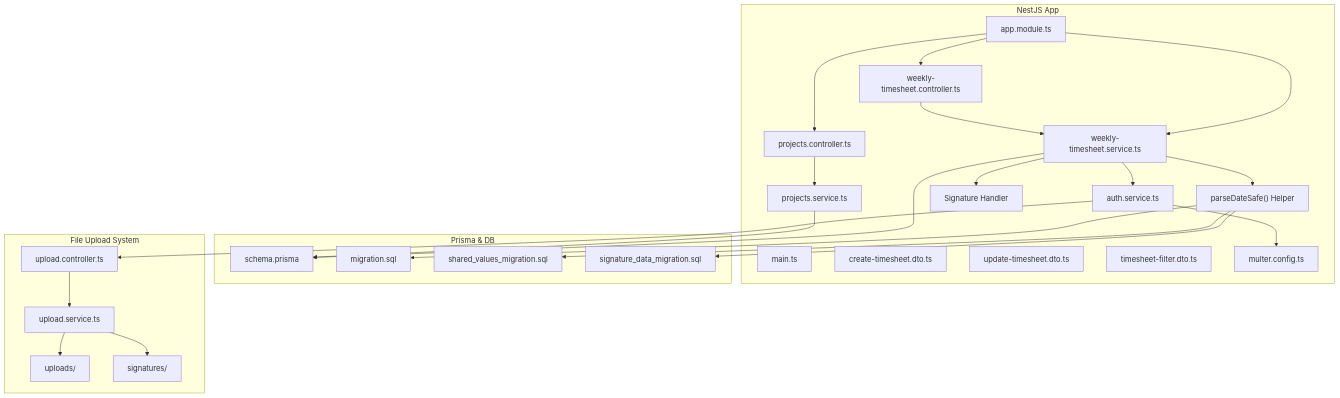
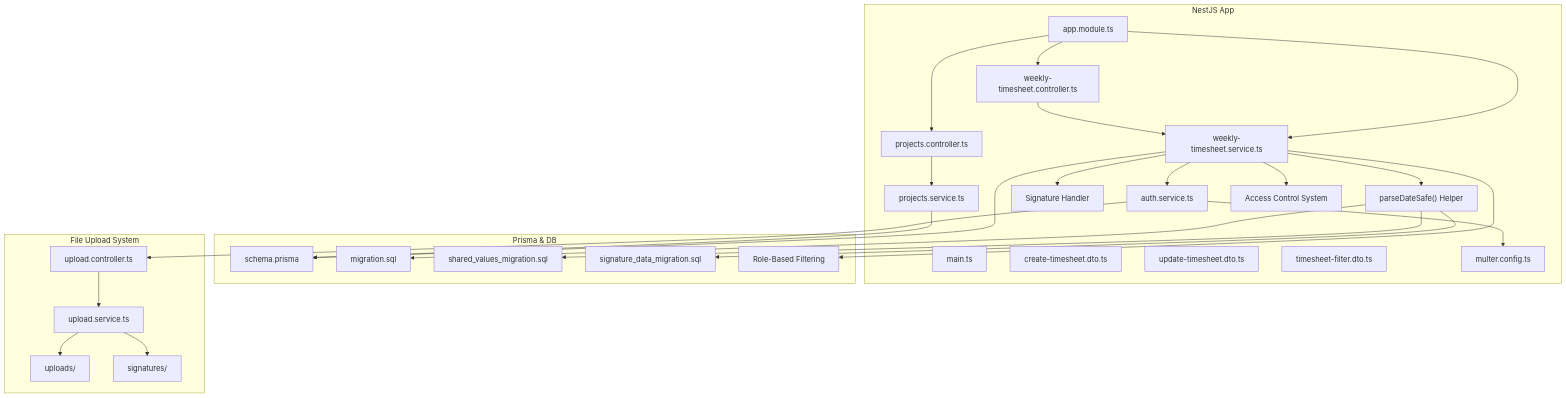
One commit to RobertRuas/windlog changed the first of 11 diagrams in .qoder/repowiki/en/content/Arquitetura Backend/Módulos do Sistema/Timesheet Semanal - Módulo Backend.md. Above: the diagram before and after it, drawn with Mermaid. The commit also changed other lines of this file and 18 other files, not shown here.

````diff
--- a/.qoder/repowiki/en/content/Arquitetura Backend/Módulos do Sistema/Timesheet Semanal - Módulo Backend.md
+++ b/.qoder/repowiki/en/content/Arquitetura Backend/Módulos do Sistema/Timesheet Semanal - Módulo Backend.md
@@ -64,48 +66,52 @@
 ```mermaid
 graph TB
 subgraph "NestJS App"
 A["app.module.ts"]
 B["main.ts"]
 C["weekly-timesheet.controller.ts"]
 D["weekly-timesheet.service.ts"]
 E["create-timesheet.dto.ts"]
 F["update-timesheet.dto.ts"]
 G["timesheet-filter.dto.ts"]
 H["parseDateSafe() Helper"]
 I["auth.service.ts"]
 J["multer.config.ts"]
 K["Signature Handler"]
 L["projects.controller.ts"]
 M["projects.service.ts"]
+N["Access Control System"]
 end
 subgraph "Prisma & DB"
-N["schema.prisma"]
-O["migration.sql"]
-P["shared_values_migration.sql"]
-Q["signature_data_migration.sql"]
+O["schema.prisma"]
+P["migration.sql"]
+Q["shared_values_migration.sql"]
+R["signature_data_migration.sql"]
+S["Role-Based Filtering"]
 end
 subgraph "File Upload System"
-R["upload.controller.ts"]
-S["upload.service.ts"]
-T["uploads/"]
-U["signatures/"]
+T["upload.controller.ts"]
+U["upload.service.ts"]
+V["uploads/"]
+W["signatures/"]
 end
 A --> C
 A --> D
 C --> D
 D --> H
 D --> I
 D --> K
 D --> N
-H --> O
+D --> S
+D --> O
 H --> P
 H --> Q
+H --> R
 I --> J
-I --> R
-R --> S
-S --> T
-S --> U
+I --> T
+T --> U
+U --> V
+U --> W
 A --> L
 L --> M
-M --> N
+M --> O
 ```
````
